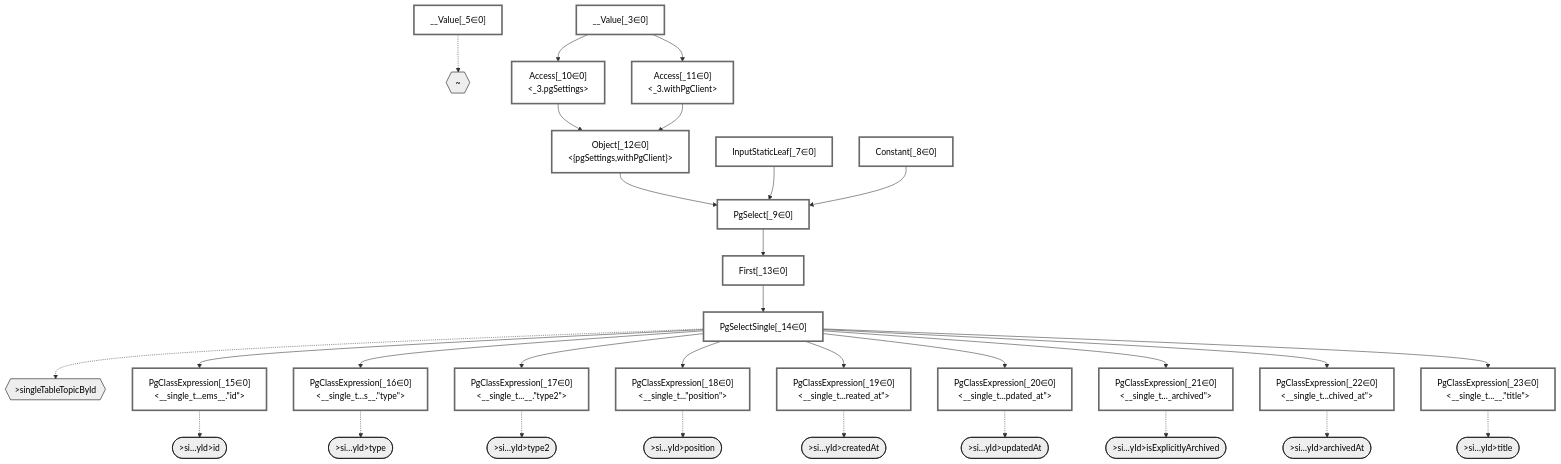
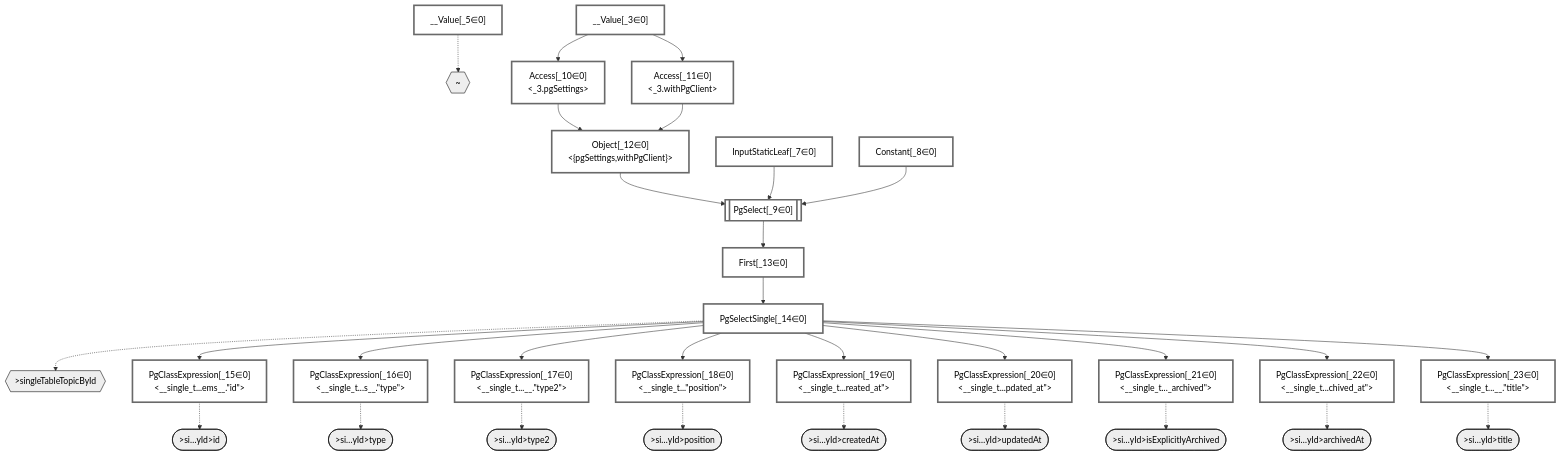
One commit to graphile/crystal changed the diagram in packages/dataplan-pg/__tests__/queries/interfaces-single-table/single-topic-not-topic.mermaid.md. Above: the diagram before and after it, drawn with Mermaid. The commit also changed 195 other files, not shown here.

```diff
--- a/packages/dataplan-pg/__tests__/queries/interfaces-single-table/single-topic-not-topic.mermaid.md
+++ b/packages/dataplan-pg/__tests__/queries/interfaces-single-table/single-topic-not-topic.mermaid.md
@@ -34,7 +34,7 @@
     __Value_5["__Value[_5∈0]<br /><rootValue>"]:::plan
     InputStaticLeaf_7["InputStaticLeaf[_7∈0]"]:::plan
     Constant_8["Constant[_8∈0]"]:::plan
-    PgSelect_9["PgSelect[_9∈0]<br /><single_table_items>"]:::plan
+    PgSelect_9[["PgSelect[_9∈0]<br /><single_table_items>"]]:::plan
     Access_10["Access[_10∈0]<br /><_3.pgSettings>"]:::plan
     Access_11["Access[_11∈0]<br /><_3.withPgClient>"]:::plan
     Object_12["Object[_12∈0]<br /><{pgSettings,withPgClient}>"]:::plan
```
